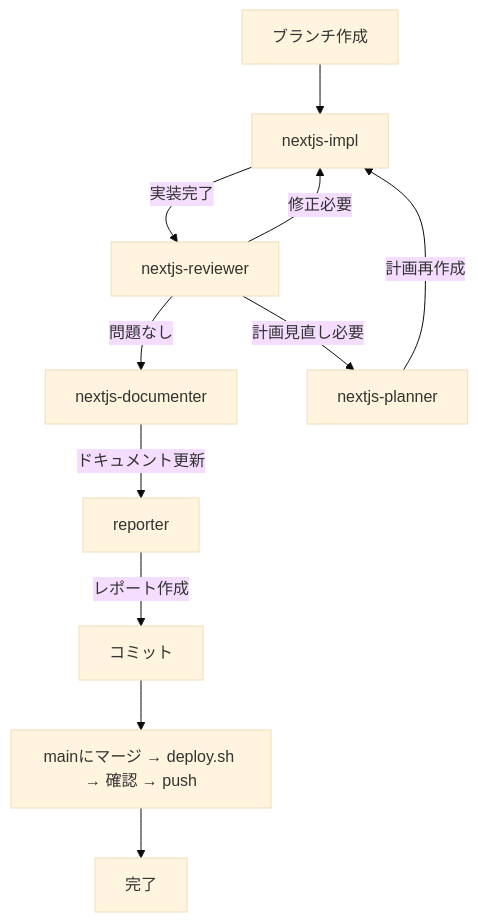
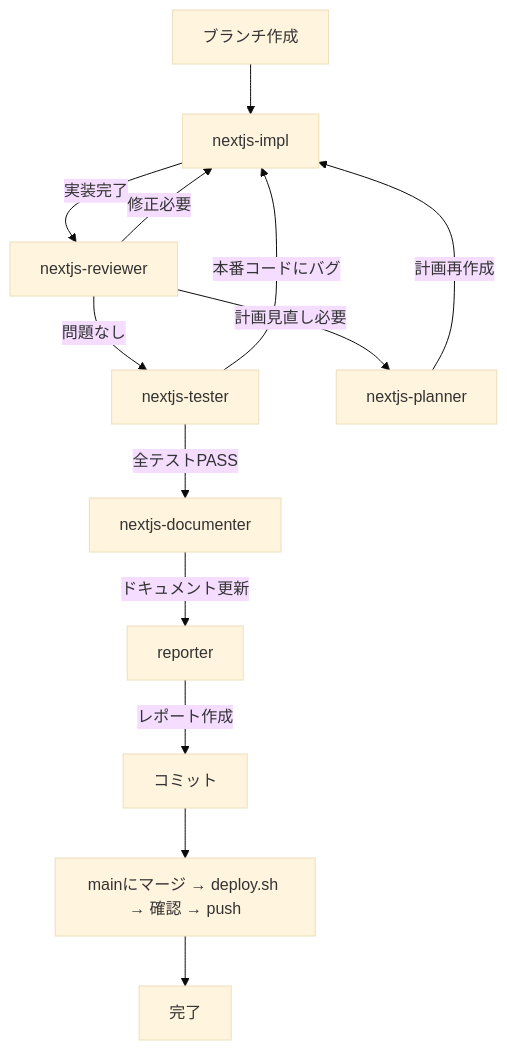
The diagram in .claude/commands/nextjs.md (nyan-tama/Ghostrunner), drawn with Mermaid (base theme) before and after one commit. The commit also changed other lines of this file and 7 other files, not shown here.

````diff
--- a/.claude/commands/nextjs.md
+++ b/.claude/commands/nextjs.md
@@ -7,13 +7,15 @@
 ```mermaid
 flowchart TD
     Start[ブランチ作成] --> A[nextjs-impl]
     A -->|実装完了| B[nextjs-reviewer]
-    B -->|問題なし| C[nextjs-documenter]
+    B -->|問題なし| B2[nextjs-tester]
     B -->|修正必要| A
     B -->|計画見直し必要| D[nextjs-planner]
     D -->|計画再作成| A
+    B2 -->|全テストPASS| C[nextjs-documenter]
+    B2 -->|本番コードにバグ| A
     C -->|ドキュメント更新| E[reporter]
     E -->|レポート作成| F[コミット]
     F --> N[mainにマージ → deploy.sh → 確認 → push]
     N --> G[完了]
 ```
````
